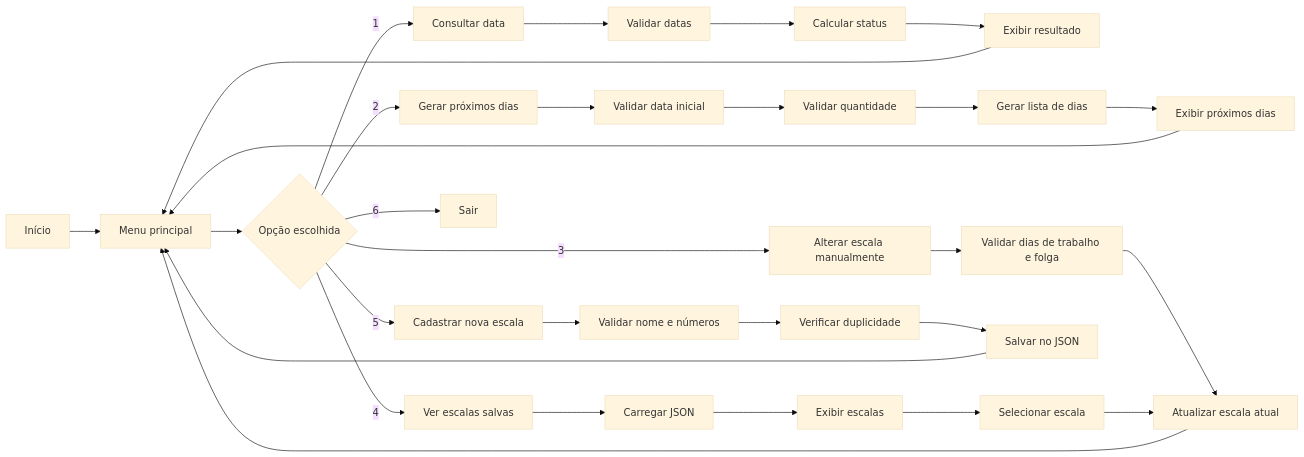
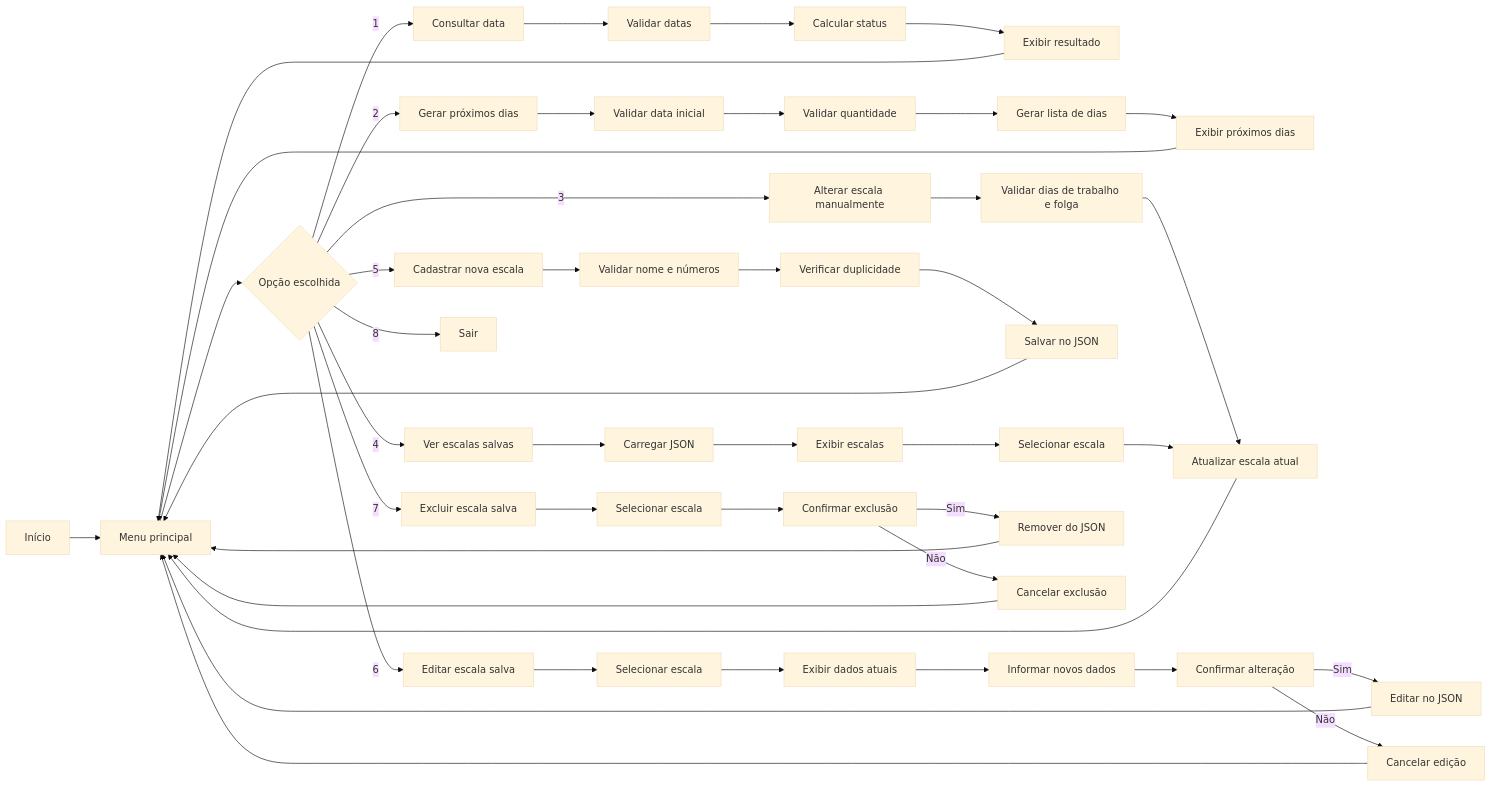
The second of 4 diagrams in README.md (Dinox75/simulador-escala-trabalho), drawn with Mermaid (base theme) before and after one commit. The commit also changed other lines of this file, not shown here.

````diff
--- a/README.md
+++ b/README.md
@@ -390,38 +461,56 @@
 ```mermaid
 flowchart LR
     A[Início] --> B[Menu principal]
     B --> C{Opção escolhida}
 
     C -->|1| D[Consultar data]
     C -->|2| E[Gerar próximos dias]
     C -->|3| F[Alterar escala manualmente]
     C -->|4| G[Ver escalas salvas]
     C -->|5| H[Cadastrar nova escala]
-    C -->|6| I[Sair]
+    C -->|6| I[Editar escala salva]
+    C -->|7| J[Excluir escala salva]
+    C -->|8| K[Sair]
 
-    D --> J[Validar datas]
-    J --> K[Calcular status]
-    K --> L[Exibir resultado]
+    D --> L[Validar datas]
+    L --> M[Calcular status]
+    M --> N[Exibir resultado]
 
-    E --> M[Validar data inicial]
-    M --> N[Validar quantidade]
-    N --> O[Gerar lista de dias]
-    O --> P[Exibir próximos dias]
+    E --> O[Validar data inicial]
+    O --> P[Validar quantidade]
+    P --> Q[Gerar lista de dias]
+    Q --> R[Exibir próximos dias]
 
-    F --> Q[Validar dias de trabalho e folga]
-    Q --> R[Atualizar escala atual]
+    F --> S[Validar dias de trabalho e folga]
+    S --> T[Atualizar escala atual]
 
-    G --> S[Carregar JSON]
-    S --> T[Exibir escalas]
-    T --> U[Selecionar escala]
-    U --> R
+    G --> U[Carregar JSON]
+    U --> V[Exibir escalas]
+    V --> W[Selecionar escala]
+    W --> T
 
-    H --> V[Validar nome e números]
-    V --> W[Verificar duplicidade]
-    W --> X[Salvar no JSON]
+    H --> X[Validar nome e números]
+    X --> Y[Verificar duplicidade]
+    Y --> Z[Salvar no JSON]
 
-    L --> B
-    P --> B
+    I --> AA[Selecionar escala]
+    AA --> AB[Exibir dados atuais]
+    AB --> AC[Informar novos dados]
+    AC --> AD[Confirmar alteração]
+    AD -->|Sim| AE[Editar no JSON]
+    AD -->|Não| AF[Cancelar edição]
+
+    J --> AG[Selecionar escala]
+    AG --> AH[Confirmar exclusão]
+    AH -->|Sim| AI[Remover do JSON]
+    AH -->|Não| AJ[Cancelar exclusão]
+
+    N --> B
     R --> B
-    X --> B
+    T --> B
+    Z --> B
+    AE --> B
+    AF --> B
+    AI --> B
+    AJ --> B
 ```
````
